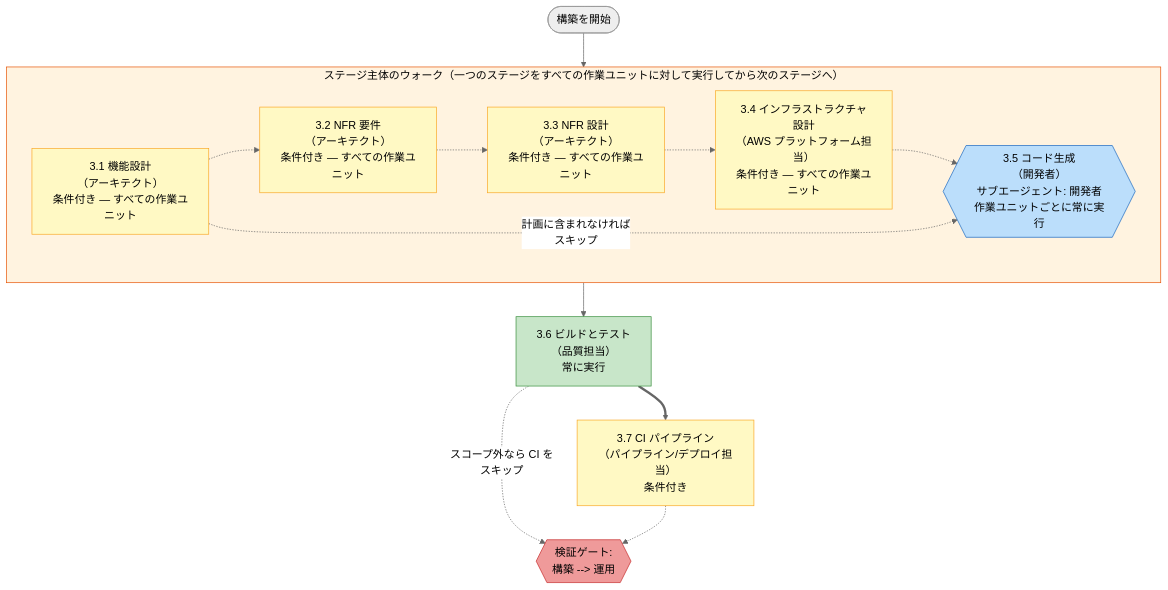
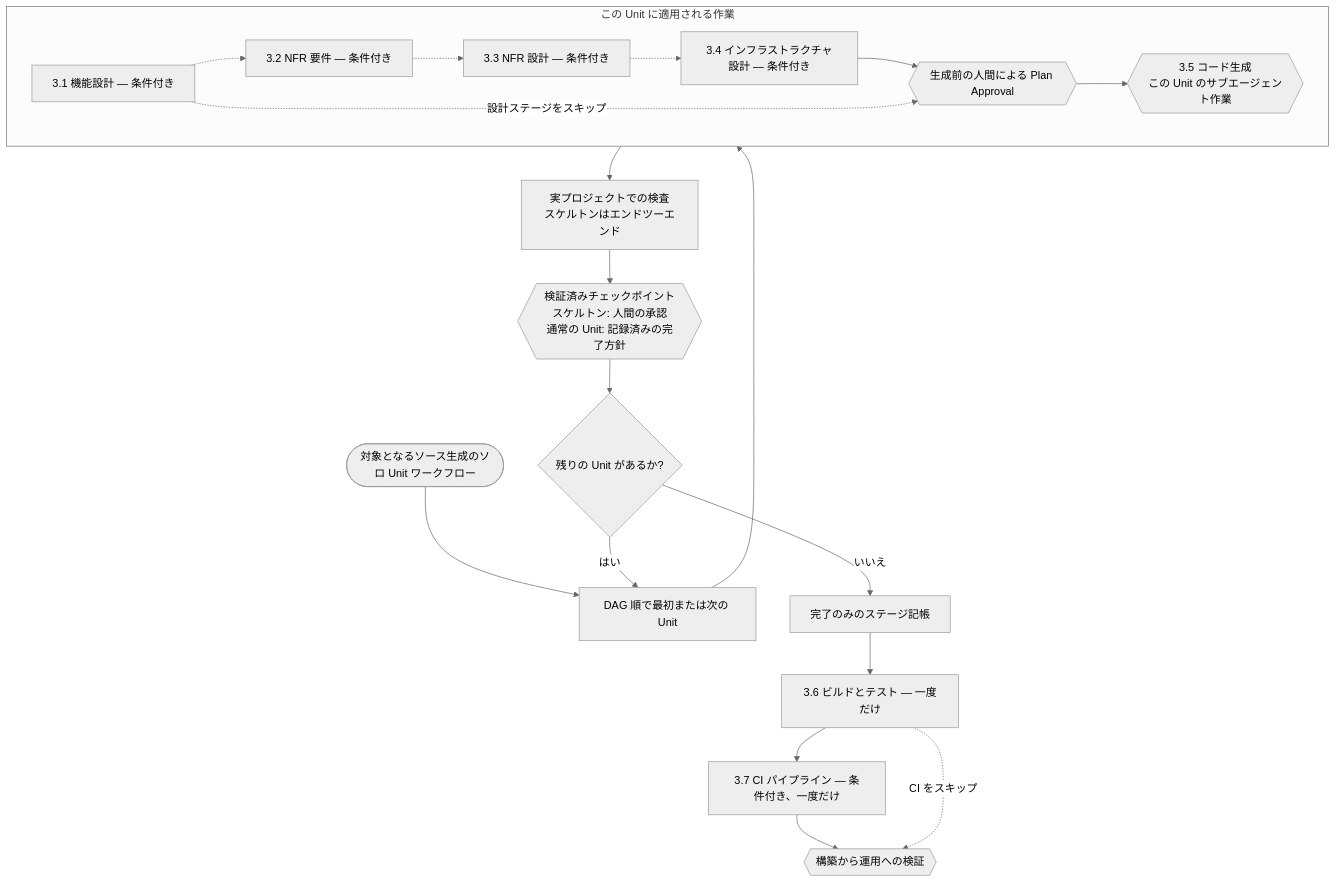
Before and after one commit to otomatty/aidlc-guide: the fourth of 12 diagrams in docs/reference/ja/diagrams.md, drawn with Mermaid (neutral theme). The commit also changed other lines of this file and 832 other files, not shown here.

First line of the commit message:
Enhance plan approval workflow and PowerShell command parsing (#192)

````diff
--- a/docs/reference/ja/diagrams.md
+++ b/docs/reference/ja/diagrams.md
@@ -172,39 +170,30 @@
 ```mermaid
 flowchart TD
-    START(["構築を開始"])
-
-    subgraph PER_STAGE["ステージ主体のウォーク（一つのステージをすべての作業ユニットに対して実行してから次のステージへ）"]
-        S31["3.1 機能設計\n（アーキテクト）\n条件付き — すべての作業ユニット"]
-        S32["3.2 NFR 要件\n（アーキテクト）\n条件付き — すべての作業ユニット"]
-        S33["3.3 NFR 設計\n（アーキテクト）\n条件付き — すべての作業ユニット"]
-        S34["3.4 インフラストラクチャ設計\n（AWS プラットフォーム担当）\n条件付き — すべての作業ユニット"]
-        S35{{"3.5 コード生成\n（開発者）\nサブエージェント: 開発者\n作業ユニットごとに常に実行"}}
-
+    START(["対象となるソース生成のソロ Unit ワークフロー"])
+    NEXT["DAG 順で最初または次の Unit"]
+    subgraph PER_UNIT["この Unit に適用される作業"]
+        S31["3.1 機能設計 — 条件付き"]
+        S32["3.2 NFR 要件 — 条件付き"]
+        S33["3.3 NFR 設計 — 条件付き"]
+        S34["3.4 インフラストラクチャ設計 — 条件付き"]
+        PLAN{{"生成前の人間による Plan Approval"}}
+        S35{{"3.5 コード生成<br/>この Unit のサブエージェント作業"}}
         S31 -.-> S32
         S32 -.-> S33
         S33 -.-> S34
-        S34 -.-> S35
-    S31 -.->|"計画に含まれなければ\nスキップ"| S35
+        S34 --> PLAN --> S35
+        S31 -.->|設計ステージをスキップ| PLAN
     end
-
-    START --> PER_STAGE
-    PER_STAGE --> S36
-
-    S36["3.6 ビルドとテスト\n（品質担当）\n常に実行"]
-    S37["3.7 CI パイプライン\n（パイプライン/デプロイ担当）\n条件付き"]
-    VG3{{"検証ゲート:\n構築 --> 運用"}}
-
-    S36 ==> S37
-    S36 -.->|"スコープ外なら CI を\nスキップ"| VG3
-    S37 -.-> VG3
-
-    style PER_STAGE fill:#fff3e0,stroke:#e65100,color:#000
-    style S35 fill:#bbdefb,stroke:#1565c0,color:#000
-    style S31 fill:#fff9c4,stroke:#f9a825,color:#000
-    style S32 fill:#fff9c4,stroke:#f9a825,color:#000
-    style S33 fill:#fff9c4,stroke:#f9a825,color:#000
-    style S34 fill:#fff9c4,stroke:#f9a825,color:#000
-    style S36 fill:#c8e6c9,stroke:#388e3c,color:#000
-    style S37 fill:#fff9c4,stroke:#f9a825,color:#000
-    style VG3 fill:#ef9a9a,stroke:#c62828,color:#000
+    VERIFY["実プロジェクトでの検査<br/>スケルトンはエンドツーエンド"]
+    CHECKPOINT{{"検証済みチェックポイント<br/>スケルトン: 人間の承認<br/>通常の Unit: 記録済みの完了方針"}}
+    MORE{"残りの Unit があるか?"}
+    BOOK["完了のみのステージ記帳"]
+    S36["3.6 ビルドとテスト — 一度だけ"]
+    S37["3.7 CI パイプライン — 条件付き、一度だけ"]
+    VG3{{"構築から運用への検証"}}
+    START --> NEXT --> PER_UNIT --> VERIFY --> CHECKPOINT --> MORE
+    MORE -->|はい| NEXT
+    MORE -->|いいえ| BOOK --> S36
+    S36 --> S37 --> VG3
+    S36 -.->|CI をスキップ| VG3
 ```
````
